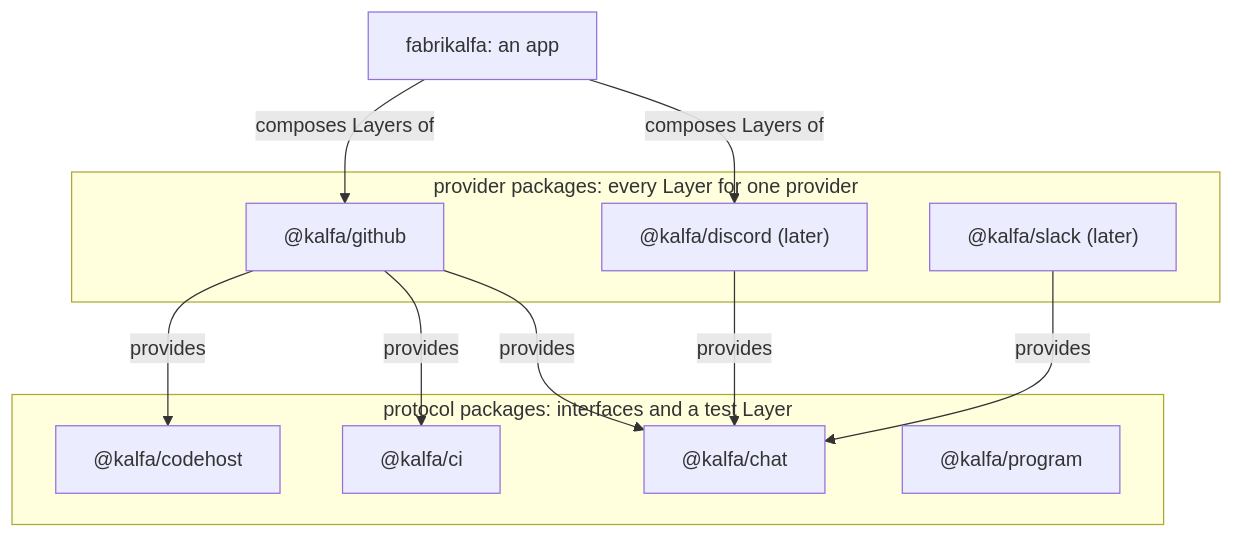
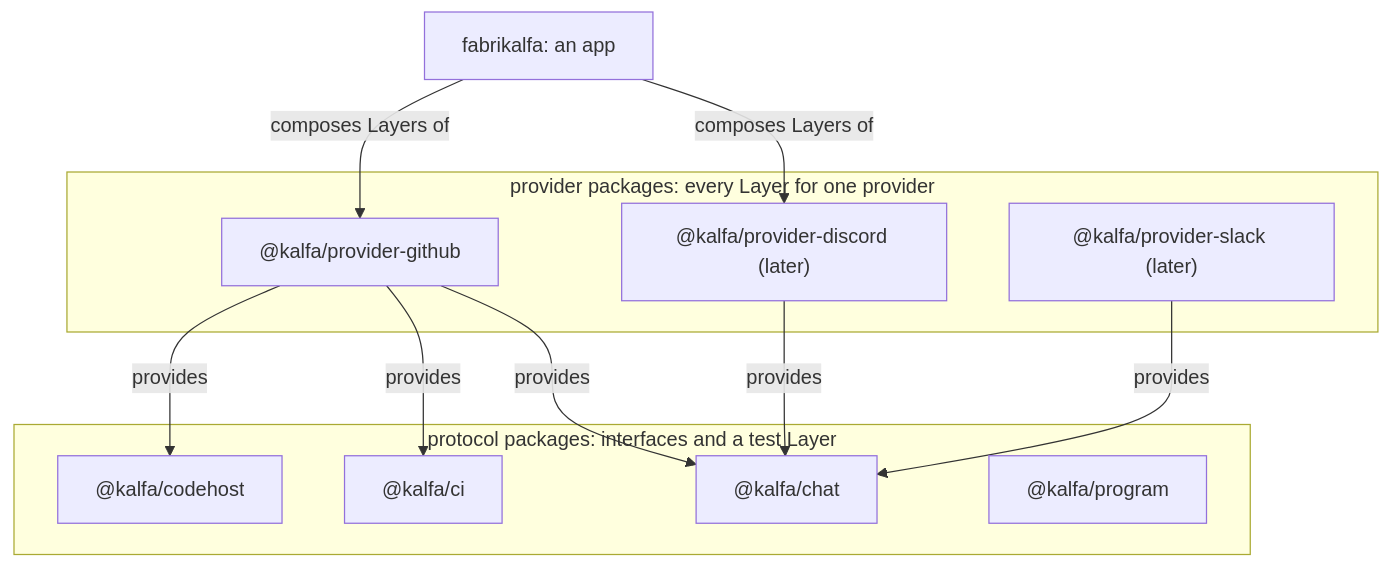
The diagram in .decisions/0616-providers-are-one-package-each.md (kamp-us/tea-fabrika), drawn with Mermaid before and after one commit. The commit also changed other lines of this file and 5 other files, not shown here.

First line of the commit message:
Provider packages are named @kalfa/provider-<name>, as Terraform names its providers, and the Journal lives in @kalfa/program with ledger's journal Layer (0616, 0612, 0614, 0601, 0585)

````diff
--- a/.decisions/0616-providers-are-one-package-each.md
+++ b/.decisions/0616-providers-are-one-package-each.md
@@ -11,21 +11,21 @@
 ```mermaid
 flowchart TB
   subgraph protocols["protocol packages: interfaces and a test Layer"]
     codehost["@kalfa/codehost"]
     ci["@kalfa/ci"]
     chat["@kalfa/chat"]
     program["@kalfa/program"]
   end
   subgraph providers["provider packages: every Layer for one provider"]
-    github["@kalfa/github"]
-    discord["@kalfa/discord (later)"]
-    slack["@kalfa/slack (later)"]
+    github["@kalfa/provider-github"]
+    discord["@kalfa/provider-discord (later)"]
+    slack["@kalfa/provider-slack (later)"]
   end
   github -->|provides| codehost
   github -->|provides| ci
   github -->|provides| chat
   discord -->|provides| chat
   slack -->|provides| chat
   app["fabrikalfa: an app"] -->|composes Layers of| github
   app -->|composes Layers of| discord
 ```
````
